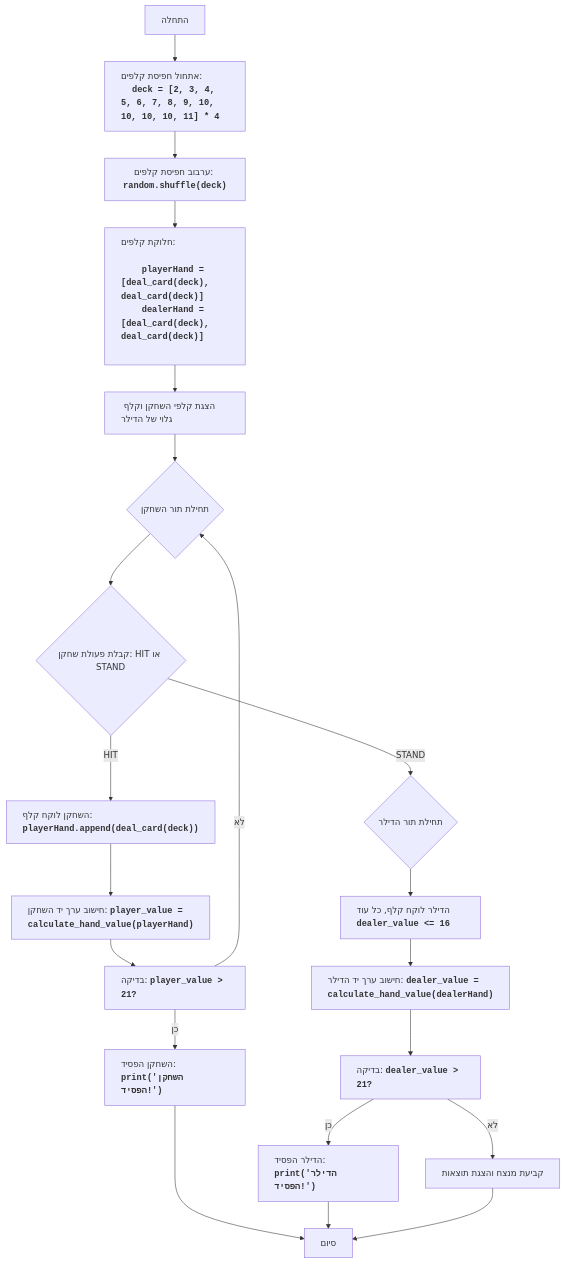
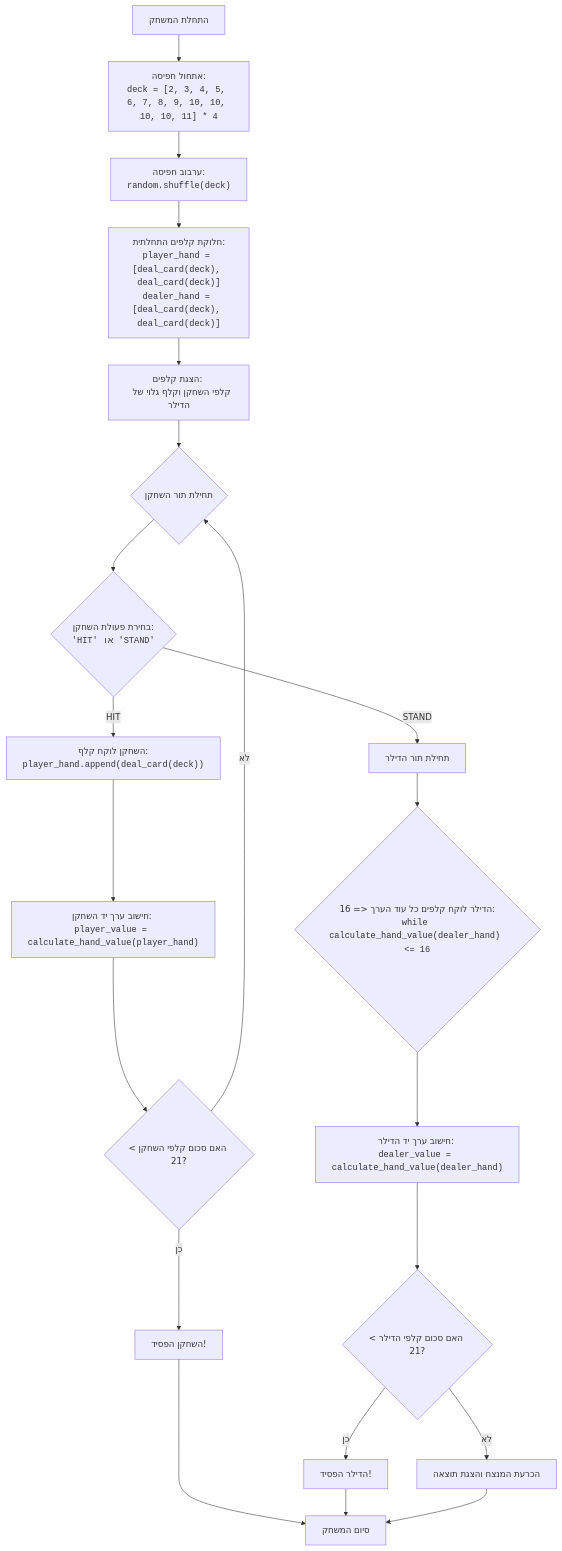
The diagram in docs/gemini/he/explainer/src/endpoints/ai_games/101_basic_computer_games/ru/GAMES/BLKJAK/blkjak.py.md (hypo69/hypo), drawn with Mermaid before and after one commit. The commit also changed other lines of this file and 885 other files, not shown here.

````diff
--- a/docs/gemini/he/explainer/src/endpoints/ai_games/101_basic_computer_games/ru/GAMES/BLKJAK/blkjak.py.md
+++ b/docs/gemini/he/explainer/src/endpoints/ai_games/101_basic_computer_games/ru/GAMES/BLKJAK/blkjak.py.md
@@ -41,24 +37,25 @@
 ```mermaid
 flowchart TD
-    Start["התחלה"] --> InitializeDeck["<p align='left'>אתחול חפיסת קלפים: \n    <code><b>deck = [2, 3, 4, 5, 6, 7, 8, 9, 10, 10, 10, 10, 11] * 4</b></code></p>"]
-    InitializeDeck --> ShuffleDeck["ערבוב חפיסת קלפים: <code><b>random.shuffle(deck)</b></code>"]
-    ShuffleDeck --> DealInitialCards["<p align='left'>חלוקת קלפים:\n    <code><b>\n    playerHand = [deal_card(deck), deal_card(deck)]\n    dealerHand = [deal_card(deck), deal_card(deck)]\n    </b></code></p>"]
-    DealInitialCards --> ShowHands["<p align='left'>הצגת קלפי השחקן וקלף גלוי של הדילר</p>"]
-    ShowHands --> PlayerTurnStart{"תחילת תור השחקן"}
-    PlayerTurnStart --> PlayerActionChoice{"קבלת פעולת שחקן: HIT או STAND"}
-    PlayerActionChoice -- HIT --> PlayerHit["<p align='left'>השחקן לוקח קלף: <code><b>playerHand.append(deal_card(deck))</b></code></p>"]
-    PlayerHit --> CalculatePlayerHandValue["<p align='left'>חישוב ערך יד השחקן: <code><b>player_value = calculate_hand_value(playerHand)</b></code></p>"]
-    CalculatePlayerHandValue --> CheckPlayerBust["<p align='left'>בדיקה: <code><b>player_value > 21?</b></code></p>"]
-    CheckPlayerBust -- כן --> PlayerBust["<p align='left'>השחקן הפסיד: <code><b>print('השחקן הפסיד!')</b></code></p>"]
-    PlayerBust --> End["סיום"]
-    CheckPlayerBust -- לא --> PlayerTurnStart
-    PlayerActionChoice -- STAND --> DealerTurnStart{"תחילת תור הדילר"}
-    DealerTurnStart --> DealerHit["<p align='left'>הדילר לוקח קלף, כל עוד <code><b>dealer_value <= 16</b></code></p>"]
-    DealerHit --> CalculateDealerHandValue["<p align='left'>חישוב ערך יד הדילר: <code><b>dealer_value = calculate_hand_value(dealerHand)</b></code></p>"]
-    CalculateDealerHandValue --> CheckDealerBust["<p align='left'>בדיקה: <code><b>dealer_value > 21?</b></code></p>"]
-    CheckDealerBust -- כן --> DealerBust["<p align='left'>הדילר הפסיד: <code><b>print('הדילר הפסיד!')</b></code></p>"]
+    Start["התחלת המשחק"] --> InitializeDeck["אתחול חפיסה:\n<code>deck = [2, 3, 4, 5, 6, 7, 8, 9, 10, 10, 10, 10, 11] * 4</code>"]
+    InitializeDeck --> ShuffleDeck["ערבוב חפיסה:\n<code>random.shuffle(deck)</code>"]
+    ShuffleDeck --> DealInitialCards["חלוקת קלפים התחלתית:\n<code>player_hand = [deal_card(deck), deal_card(deck)]<br>dealer_hand = [deal_card(deck), deal_card(deck)]</code>"]
+    DealInitialCards --> DisplayHands["הצגת קלפים: <br> קלפי השחקן וקלף גלוי של הדילר"]
+    DisplayHands --> PlayerTurnStart{"תחילת תור השחקן"}
+    PlayerTurnStart --> PlayerActionChoice{"בחירת פעולת השחקן:\n<code>'HIT' או 'STAND'</code>"}
+    PlayerActionChoice -- "HIT" --> PlayerHit["השחקן לוקח קלף:\n<code>player_hand.append(deal_card(deck))</code>"]
+    PlayerHit --> CalculatePlayerValue["חישוב ערך יד השחקן: \n<code>player_value = calculate_hand_value(player_hand)</code>"]
+    CalculatePlayerValue --> CheckPlayerBust{"האם סכום קלפי השחקן > 21?"}
+    CheckPlayerBust -- "כן" --> PlayerBust["השחקן הפסיד!"]
+    PlayerBust --> End["סיום המשחק"]
+    CheckPlayerBust -- "לא" --> PlayerTurnStart
+    PlayerActionChoice -- "STAND" --> DealerTurnStart["תחילת תור הדילר"]
+     DealerTurnStart --> DealerHit{"הדילר לוקח קלפים כל עוד הערך <= 16:\n<code>while calculate_hand_value(dealer_hand) <= 16</code>"}
+     DealerHit --> CalculateDealerValue["חישוב ערך יד הדילר: \n<code>dealer_value = calculate_hand_value(dealer_hand)</code>"]
+    CalculateDealerValue --> CheckDealerBust{"האם סכום קלפי הדילר > 21?"}
+    CheckDealerBust -- "כן" --> DealerBust["הדילר הפסיד!"]
     DealerBust --> End
-    CheckDealerBust -- לא --> DetermineWinner["<p align='left'>קביעת מנצח והצגת תוצאות</p>"]
+    CheckDealerBust -- "לא" --> DetermineWinner["הכרעת המנצח והצגת תוצאה"]
     DetermineWinner --> End
     
+
 ```
````
